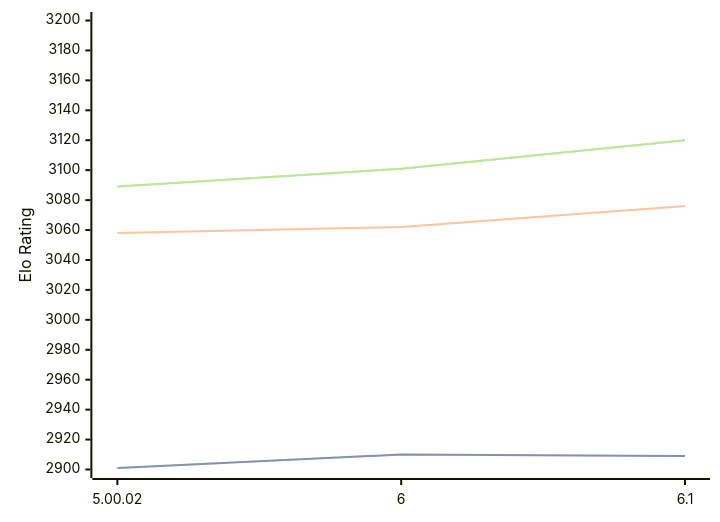
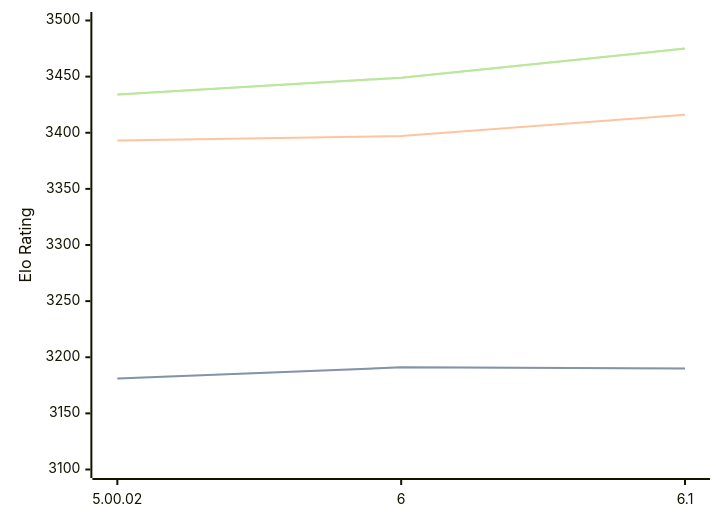
Before and after one commit to computer-chess-index/cci: the diagram in engines/Zangdar.md, drawn with Mermaid. The commit also changed other lines of this file, not shown here.

Commit message:
Update CCI Ratings (ELO VLTC) - 2026-02-24

````diff
--- a/engines/Zangdar.md
+++ b/engines/Zangdar.md
@@ -42,11 +43,11 @@
 ```mermaid
 %%{init: {"theme":"base","themeVariables":{"seriesColors:['#a3a3a3','#222221','#faa371']}}}%%
 xychart-beta
   x-axis ["5.00.02", "6", "6.1"]
-  y-axis "Elo Rating" 2900 --> 3200
-  line "STC (8.0+0.08s)" [2901, 2910, 2909]
-  line "STC (8.0+0.08s)" [2901, 2910, 2909]
-  line "LTC (60.0+0.60s)" [3058, 3062, 3076]
-  line "VLTC (2m24s+1.12s)" [3089, 3101, 3120]
-  line "VLTC (2m24s+1.12s)" [3089, 3101, 3120]
+  y-axis "Elo Rating" 3100 --> 3500
+  line "STC (8.0+0.08s)" [3181, 3191, 3190]
+  line "STC (8.0+0.08s)" [3181, 3191, 3190]
+  line "LTC (60.0+0.60s)" [3393, 3397, 3416]
+  line "VLTC (2m24s+1.12s)" [3434, 3449, 3475]
+  line "VLTC (2m24s+1.12s)" [3434, 3449, 3475]
 ```
````
